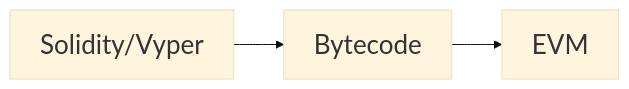
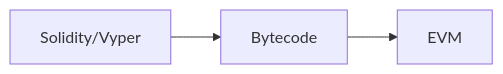
Before and after one commit to ricardor4/ricardor4.github.io: the diagram in _posts/2023-11-22-tutorial-solidity.md, drawn with Mermaid.

````diff
--- a/_posts/2023-11-22-tutorial-solidity.md
+++ b/_posts/2023-11-22-tutorial-solidity.md
@@ -32,6 +32,5 @@
 ```mermaid
-%%{init: {'theme': 'base', 'themeVariables': { 'fontSize': '26px'}}}%%
 graph LR;
     A[ Solidity/Vyper ] --> B[ Bytecode ];
     B --> C[EVM];
 ```
````
